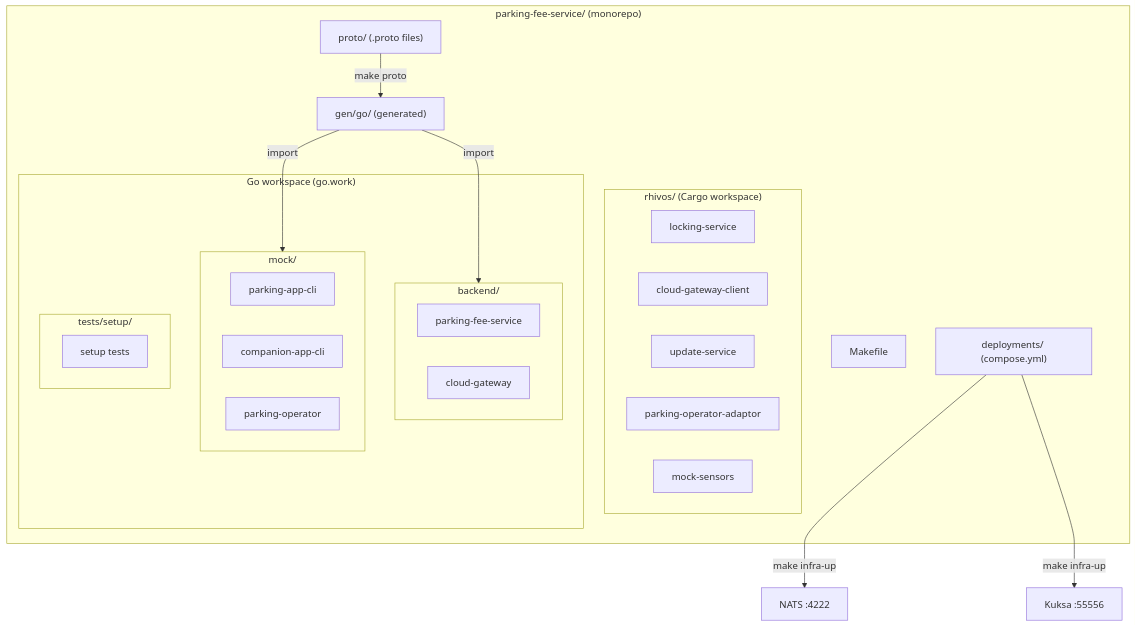
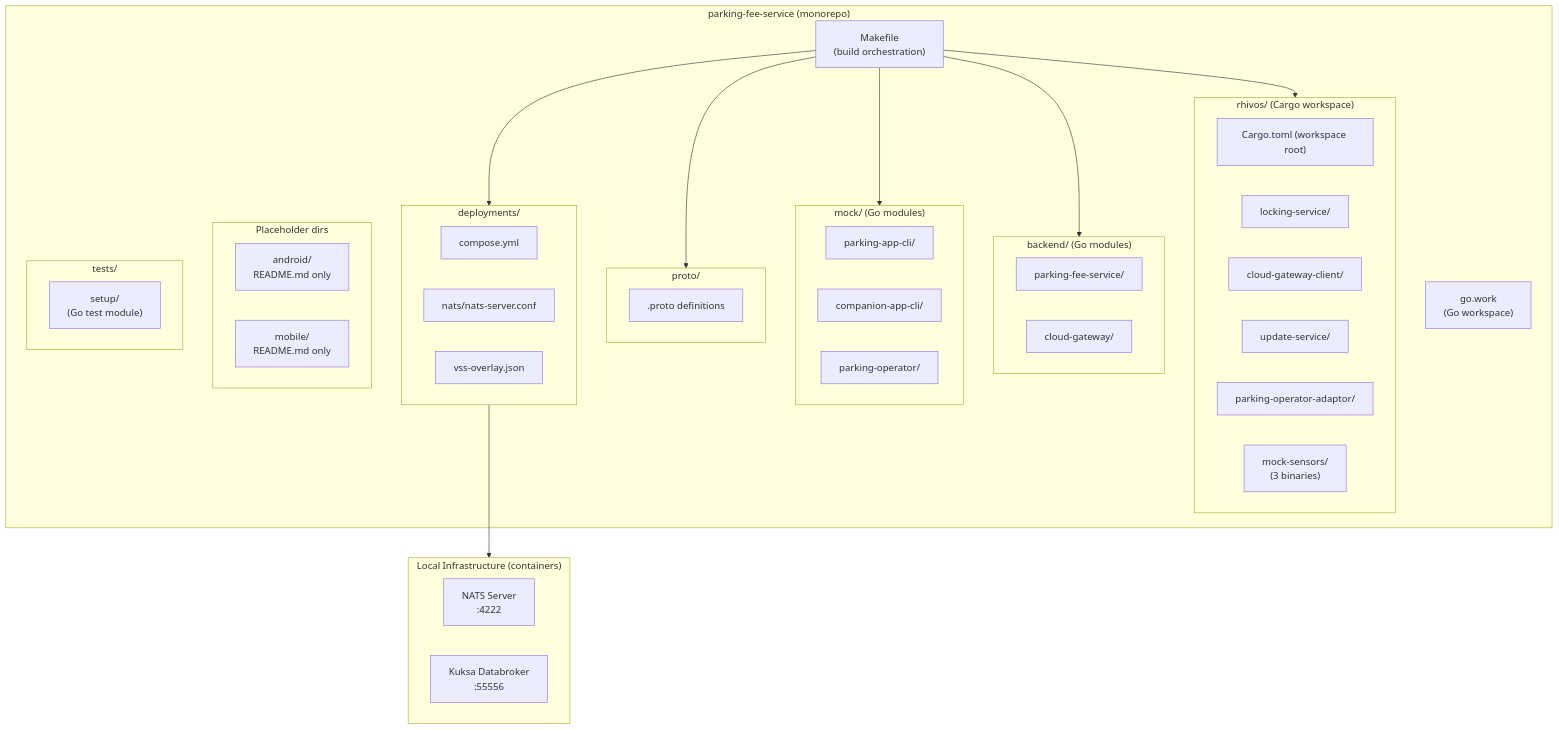
One commit to rhadp/parking-fee-service changed the diagram in .specs/01_project_setup/design.md. Above: the diagram before and after it, drawn with Mermaid. The commit also changed other lines of this file and 35 other files, not shown here.

````diff
--- a/.specs/01_project_setup/design.md
+++ b/.specs/01_project_setup/design.md
@@ -9,38 +11,58 @@
 ```mermaid
-flowchart TD
-    subgraph Repo["parking-fee-service/ (monorepo)"]
-        subgraph Rust["rhivos/ (Cargo workspace)"]
-            LS[locking-service]
-            CGC[cloud-gateway-client]
-            US[update-service]
-            POA[parking-operator-adaptor]
-            MS[mock-sensors]
+graph TD
+    subgraph Repository["parking-fee-service (monorepo)"]
+        Makefile["Makefile<br/>(build orchestration)"]
+        GoWork["go.work<br/>(Go workspace)"]
+
+        subgraph Rhivos["rhivos/ (Cargo workspace)"]
+            RCargo["Cargo.toml (workspace root)"]
+            LS["locking-service/"]
+            CGC["cloud-gateway-client/"]
+            US["update-service/"]
+            POA["parking-operator-adaptor/"]
+            MS["mock-sensors/<br/>(3 binaries)"]
         end
 
-        subgraph Go["Go workspace (go.work)"]
-            subgraph Backend["backend/"]
-                PFS[parking-fee-service]
-                CG[cloud-gateway]
-            end
-            subgraph Mock["mock/"]
-                PAC[parking-app-cli]
-                CAC[companion-app-cli]
-                PO[parking-operator]
-            end
-            subgraph Tests["tests/setup/"]
-                ST[setup tests]
-            end
+        subgraph Backend["backend/ (Go modules)"]
+            PFS["parking-fee-service/"]
+            CG["cloud-gateway/"]
         end
 
-        Proto["proto/ (.proto files)"]
-        GenGo["gen/go/ (generated)"]
-        Infra["deployments/ (compose.yml)"]
-        MF[Makefile]
+        subgraph Mock["mock/ (Go modules)"]
+            PAC["parking-app-cli/"]
+            CAC["companion-app-cli/"]
+            PO["parking-operator/"]
+        end
+
+        subgraph Proto["proto/"]
+            ProtoFiles[".proto definitions"]
+        end
+
+        subgraph Deployments["deployments/"]
+            Compose["compose.yml"]
+            NATSConf["nats/nats-server.conf"]
+            VSSOverlay["vss-overlay.json"]
+        end
+
+        subgraph Placeholders["Placeholder dirs"]
+            Android["android/<br/>README.md only"]
+            Mobile["mobile/<br/>README.md only"]
+        end
+
+        subgraph Tests["tests/"]
+            SetupTests["setup/<br/>(Go test module)"]
+        end
     end
 
-    Proto -->|make proto| GenGo
-    GenGo -->|import| Backend
-    GenGo -->|import| Mock
-    Infra -->|make infra-up| NATS["NATS :4222"]
-    Infra -->|make infra-up| Kuksa["Kuksa :55556"]
+    subgraph Infra["Local Infrastructure (containers)"]
+        NATS["NATS Server<br/>:4222"]
+        Kuksa["Kuksa Databroker<br/>:55556"]
+    end
+
+    Makefile --> Rhivos
+    Makefile --> Backend
+    Makefile --> Mock
+    Makefile --> Proto
+    Makefile --> Deployments
+    Deployments --> Infra
 ```
````
